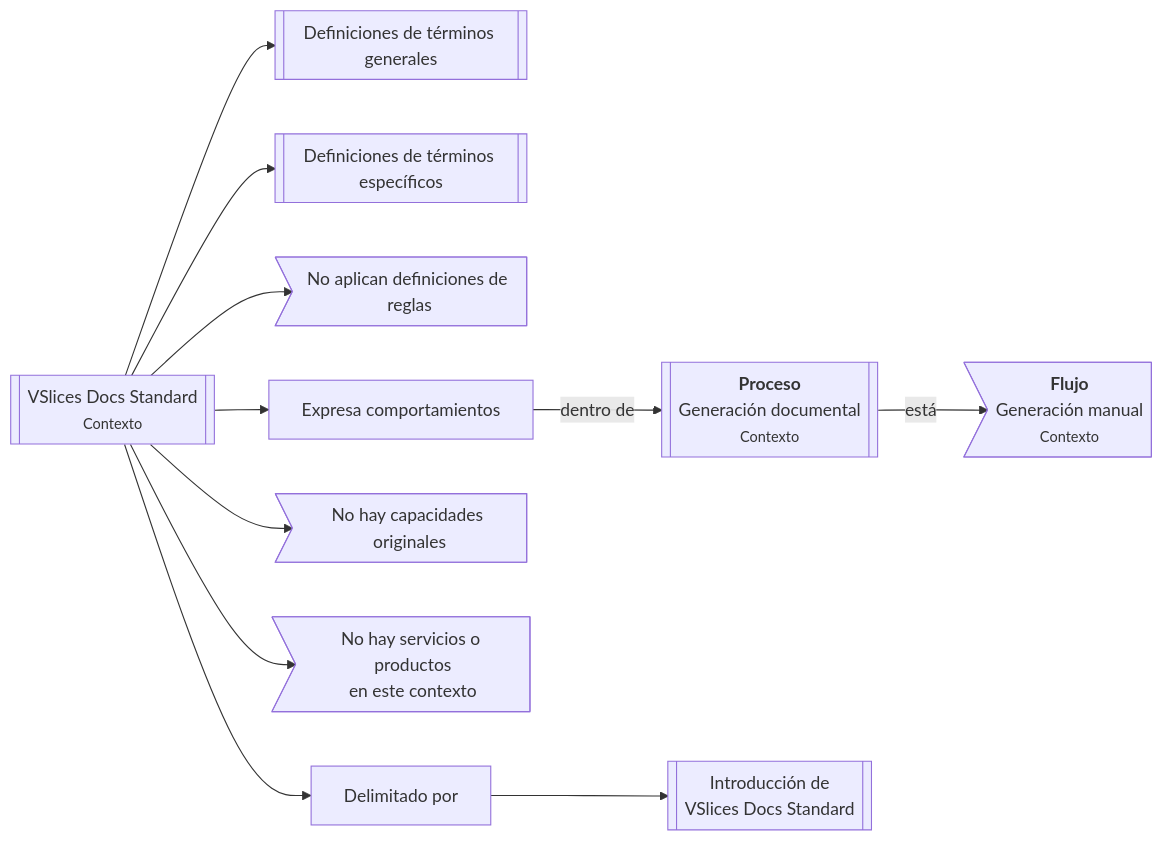
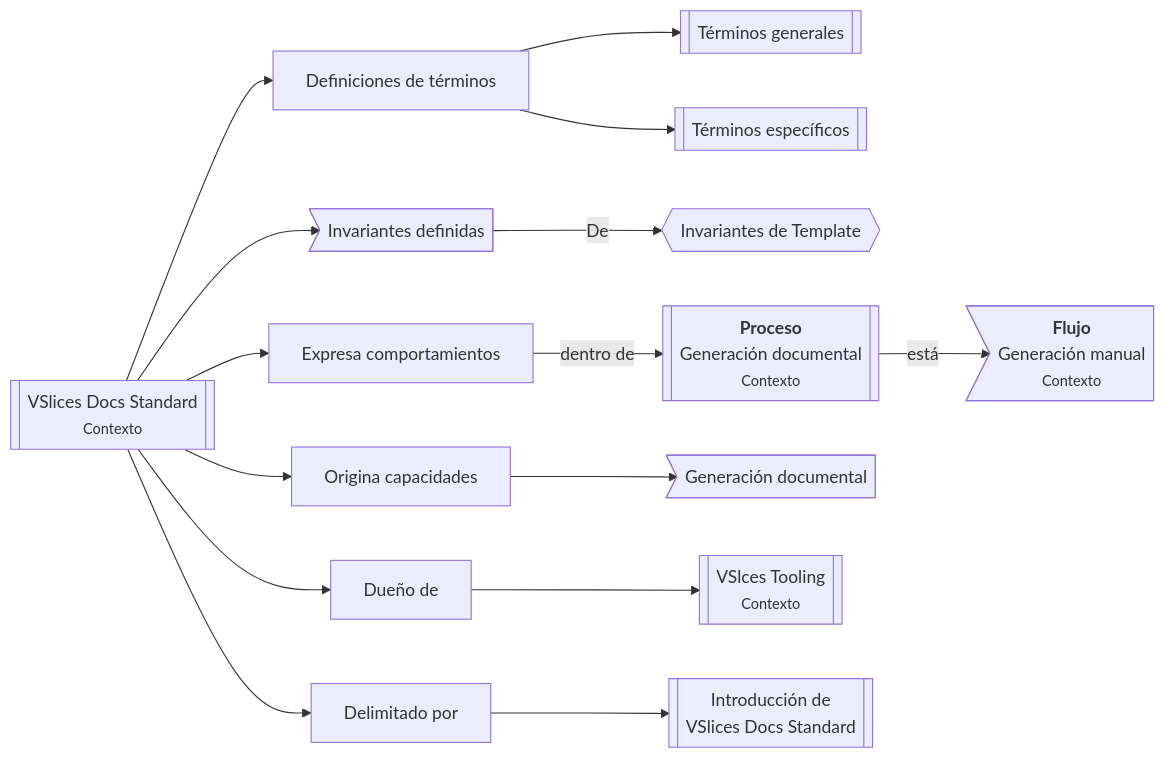
Before and after one commit to vslices/tooling: the second of 3 diagrams in docs/iteration 1/continuity.iteration.md, drawn with Mermaid. The commit also changed other lines of this file and 10 other files, not shown here.

````diff
--- a/docs/iteration 1/continuity.iteration.md
+++ b/docs/iteration 1/continuity.iteration.md
@@ -71,28 +79,33 @@
 ```mermaid
 flowchart LR
     A[[VSlices Docs Standard<br/><small>Contexto</small>]]
 
-    A --> L1[[Definiciones de términos generales]]
-    A --> L2[[Definiciones de términos específicos]]
+    A --> LE[Definiciones de términos] 
+    LE --> T1[[Términos generales]]
+    LE --> T2[[Términos específicos]]
 
-    A --> R>No aplican definiciones de reglas]
+    A --> ID>Invariantes definidas]
+    ID -- De --> TI{{Invariantes de Template}}
 
     A --> B[Expresa comportamientos]
     
     B -- dentro de --> P1[[<b>Proceso</b><br/>Generación documental<br/><small>Contexto</small>]]
     P1 -- está --> F1><b>Flujo</b><br/>Generación manual<br/><small>Contexto</small>]
 
-    A --> C>No hay capacidades originales]
+    A --> OR[Origina capacidades]
+    OR --> C1>Generación documental]
 
-    A --> S>No hay servicios o productos<br/>en este contexto]
+    A --> OW[Dueño de]
+    OW --> PR1[[VSlces Tooling<br/><small>Contexto</small>]]
     
     A --> D[Delimitado por]
     D --> D1[[Introducción de<br/>VSlices Docs Standard]]
 
     click A "Ir a introducción de VSlices Docs Standard" "https://"
-    click L1 "Ir a glosario de VSlices Docs Standard" "https://"
-    click L2 "Ir a vocabulario de VSlices Tooling" "../../../vocabulary.vslices-tooling.md"
+    click T1 "Ir a glosario de VSlices Docs Standard" "https://"
+    click T2 "Ir a vocabulario de VSlices Tooling" "../../../vocabulary.vslices-tooling.md"
     click D1 "Ir a introducción de VSlices Standard" "https://"
     click P1 "Ir a Contexto del Proceso de Generación Documental" "understanding/process.context.document-generation.md"
+    click PR1 "Ir a definición de VSlices Tooling" "https://"
 
 ```
````
